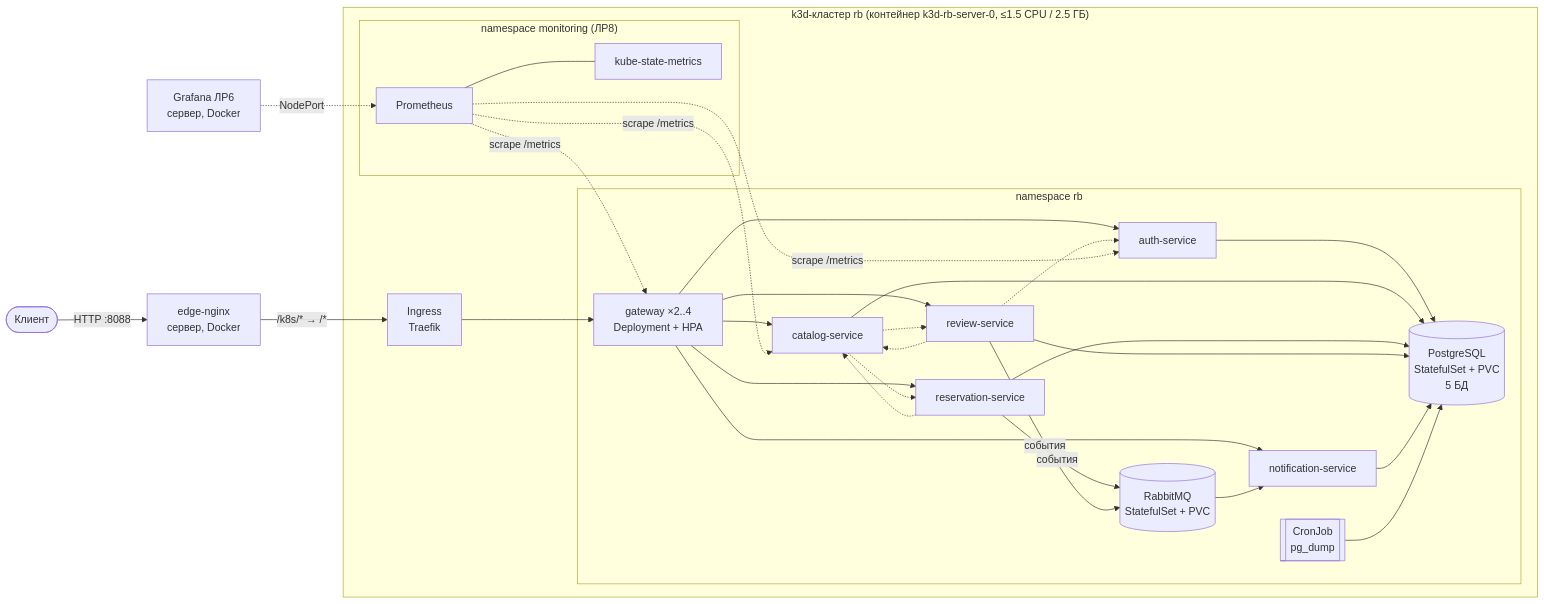
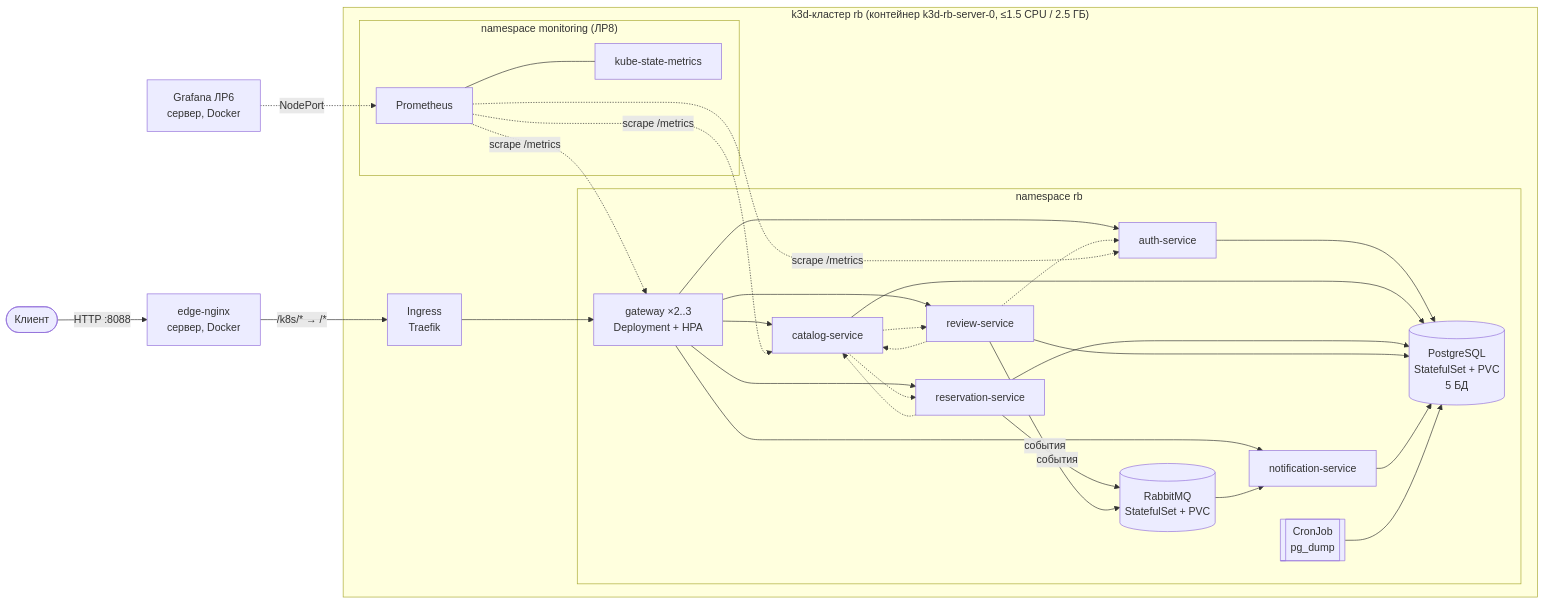
Before and after one commit to kantegory/ITMO-ACS-Backend-2026-A: the first of 3 diagrams in БР1.1/Якшин Артемий/homeworks/hw7/README.md, drawn with Mermaid. The commit also changed other lines of this file and 8 other files, not shown here.

````diff
--- a/БР1.1/Якшин Артемий/homeworks/hw7/README.md
+++ b/БР1.1/Якшин Артемий/homeworks/hw7/README.md
@@ -65,32 +65,32 @@
 ```mermaid
 %% caption: Логическая архитектура развёртывания в Kubernetes (вариант A)
 flowchart LR
   user([Клиент]) -->|HTTP :8088| edge[edge-nginx<br/>сервер, Docker]
   edge -->|/k8s/* → /*| traefik
   subgraph k3d["k3d-кластер rb (контейнер k3d-rb-server-0, ≤1.5 CPU / 2.5 ГБ)"]
     traefik[Ingress<br/>Traefik] --> gw
     subgraph ns_rb["namespace rb"]
-      gw[gateway ×2..4<br/>Deployment + HPA]
+      gw[gateway ×2..3<br/>Deployment + HPA]
       auth[auth-service]
       cat[catalog-service]
       res[reservation-service]
       rev[review-service]
       notif[notification-service]
       pg[(PostgreSQL<br/>StatefulSet + PVC<br/>5 БД)]
       mq[(RabbitMQ<br/>StatefulSet + PVC)]
       bk[[CronJob<br/>pg_dump]]
     end
     subgraph ns_mon["namespace monitoring (ЛР8)"]
       prom[Prometheus] --- ksm[kube-state-metrics]
     end
   end
   gw --> auth & cat & res & rev & notif
   cat -.-> rev & res
   res -.-> cat
   rev -.-> cat & auth
   auth & cat & res & rev & notif --> pg
   res & rev -->|события| mq --> notif
   bk --> pg
   prom -.->|scrape /metrics| gw & auth & cat
   grafana[Grafana ЛР6<br/>сервер, Docker] -.->|NodePort| prom
 ```
````
